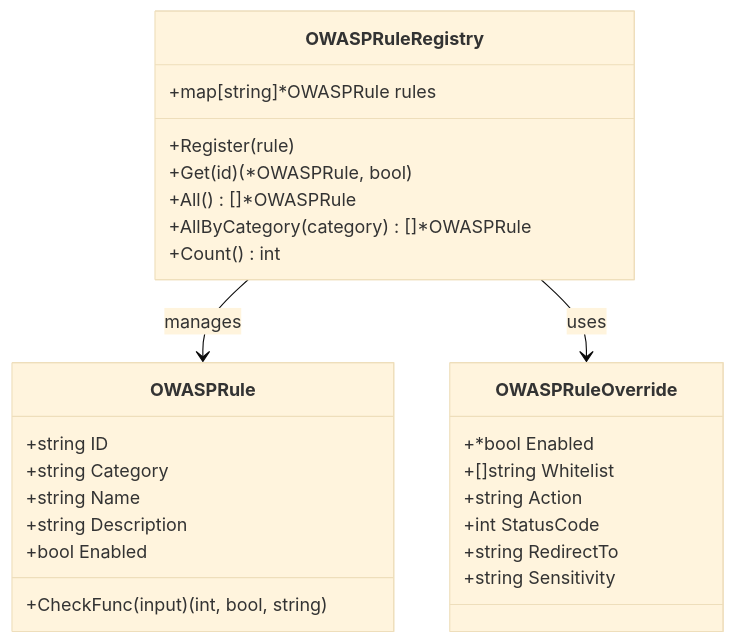
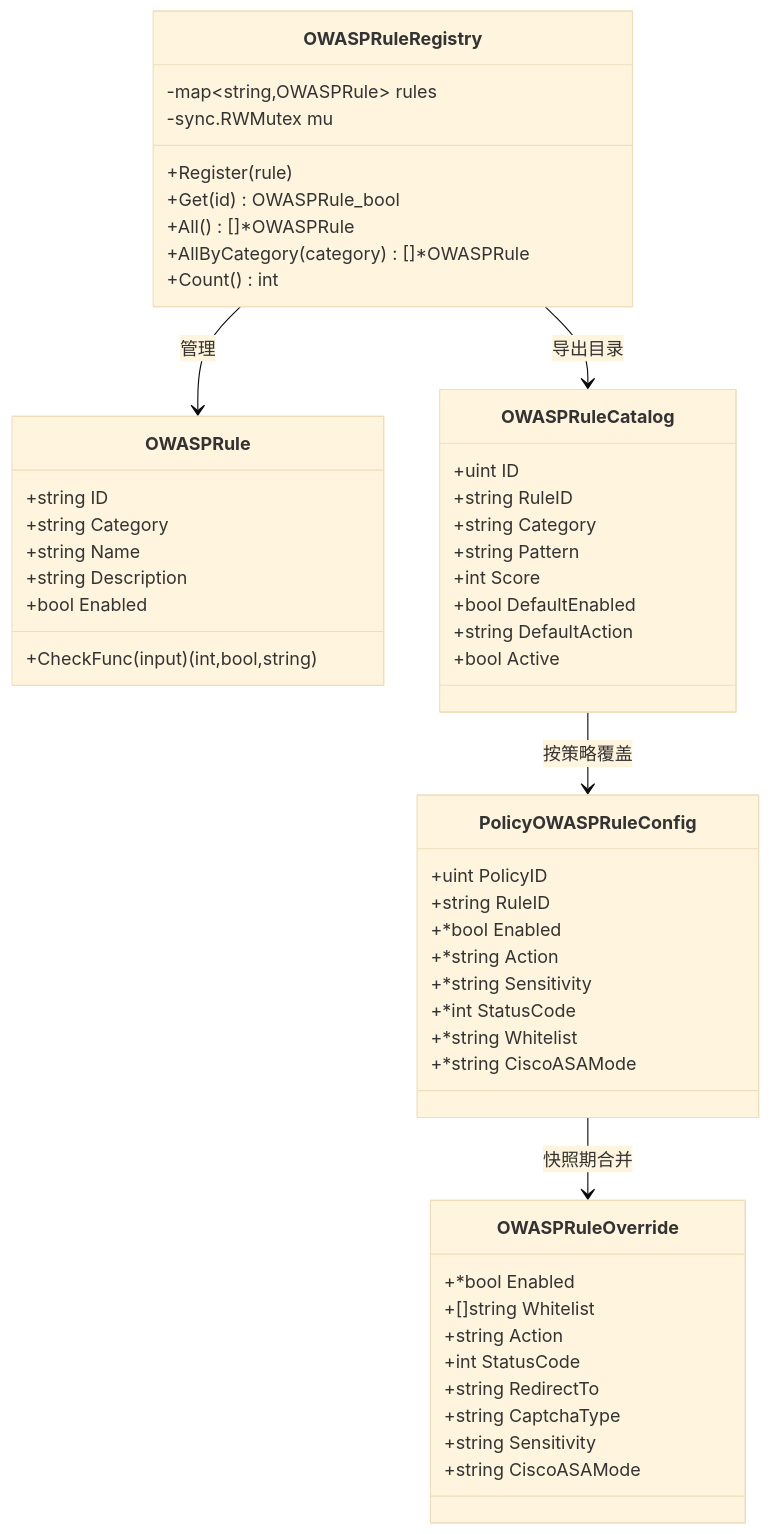
Before and after one commit to x01n/My-OpenWaf: diagram 11 of 12 in docs/安全防护功能/OWASP 检测/基本 OWASP 规则.md, drawn with Mermaid (base theme). The commit also changed other lines of this file and 622 other files, not shown here.

````diff
--- a/docs/安全防护功能/OWASP 检测/基本 OWASP 规则.md
+++ b/docs/安全防护功能/OWASP 检测/基本 OWASP 规则.md
@@ -572,29 +636,54 @@
 ```mermaid
 classDiagram
 class OWASPRule {
 +string ID
 +string Category
 +string Name
 +string Description
 +bool Enabled
-+CheckFunc(input) (int, bool, string)
++CheckFunc(input) (int,bool,string)
 }
 class OWASPRuleRegistry {
-+map[string]*OWASPRule rules
+-map~string,OWASPRule~ rules
+-sync.RWMutex mu
 +Register(rule)
-+Get(id) (*OWASPRule, bool)
++Get(id) OWASPRule_bool
 +All() []*OWASPRule
 +AllByCategory(category) []*OWASPRule
 +Count() int
 }
 class OWASPRuleOverride {
 +*bool Enabled
 +[]string Whitelist
 +string Action
 +int StatusCode
 +string RedirectTo
++string CaptchaType
 +string Sensitivity
++string CiscoASAMode
 }
-OWASPRuleRegistry --> OWASPRule : manages
-OWASPRuleRegistry --> OWASPRuleOverride : uses
+class OWASPRuleCatalog {
++uint ID
++string RuleID
++string Category
++string Pattern
++int Score
++bool DefaultEnabled
++string DefaultAction
++bool Active
+}
+class PolicyOWASPRuleConfig {
++uint PolicyID
++string RuleID
++*bool Enabled
++*string Action
++*string Sensitivity
++*int StatusCode
++*string Whitelist
++*string CiscoASAMode
+}
+OWASPRuleRegistry --> OWASPRule : 管理
+OWASPRuleRegistry --> OWASPRuleCatalog : 导出目录
+OWASPRuleCatalog --> PolicyOWASPRuleConfig : 按策略覆盖
+PolicyOWASPRuleConfig --> OWASPRuleOverride : 快照期合并
 ```
````
